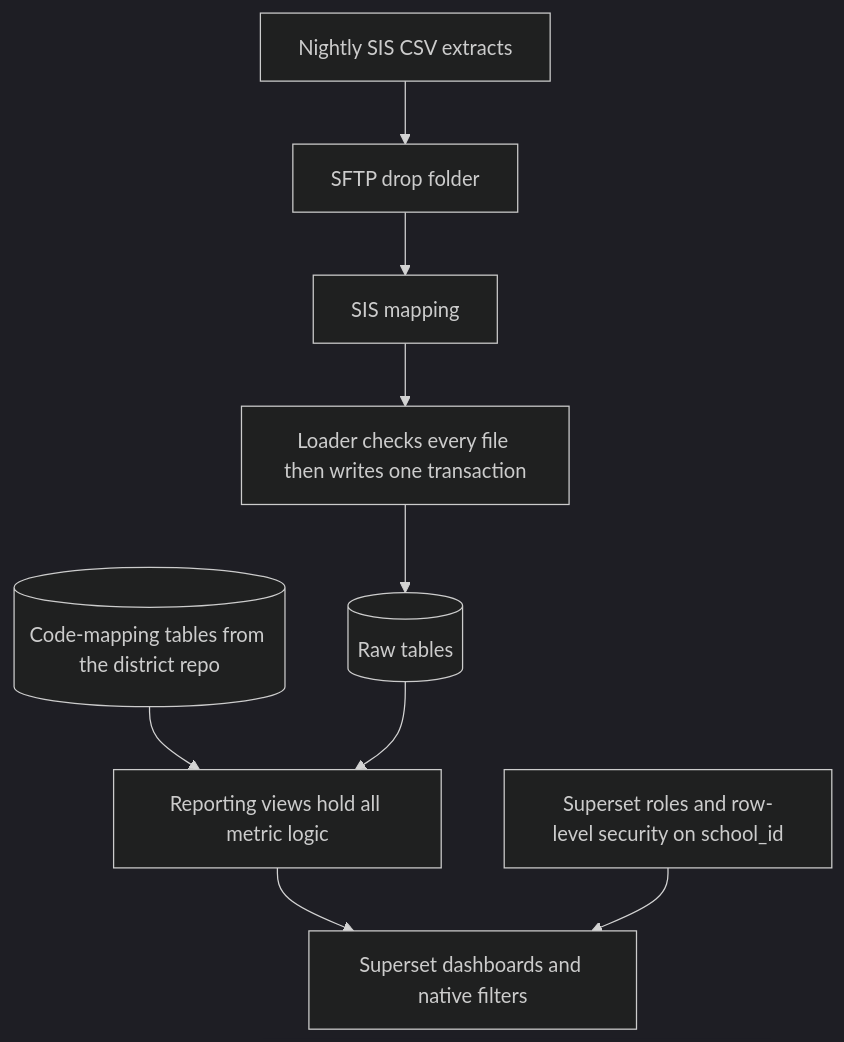
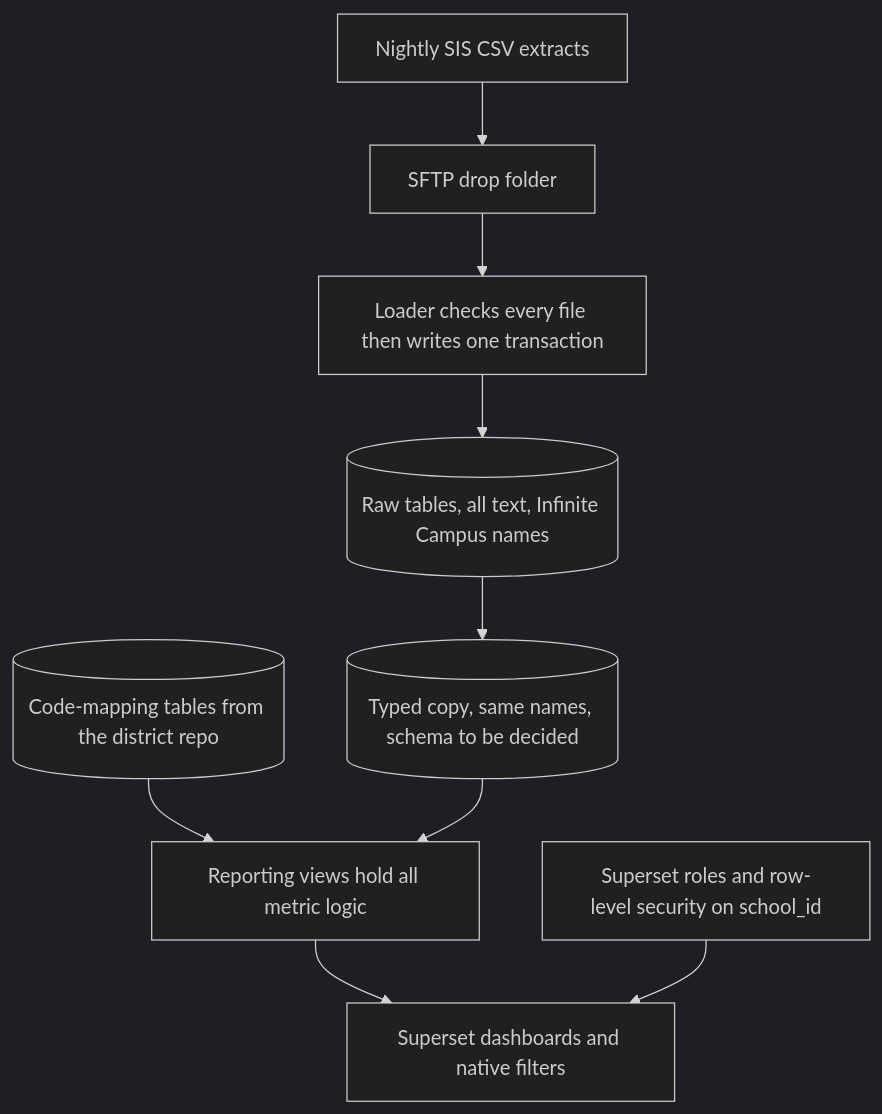
One commit to adukes40/campusview changed the first of 2 diagrams in docs/ARCHITECTURE.md. Above: the diagram before and after it, drawn with Mermaid (dark theme). The commit also changed other lines of this file and 8 other files, not shown here.

Commit message:
Docs: record the typed layer that keeps Infinite Campus names; drop vendor-to-standard mapping wording

````diff
--- a/docs/ARCHITECTURE.md
+++ b/docs/ARCHITECTURE.md
@@ -9,18 +9,18 @@
 ```mermaid
 flowchart TD
   extracts[Nightly SIS CSV extracts]
   sftp[SFTP drop folder]
-  mapper[SIS mapping]
   loader[Loader checks every file then writes one transaction]
-  raw[(Raw tables)]
+  raw[(Raw tables, all text, Infinite Campus names)]
+  typed[(Typed copy, same names, schema to be decided)]
   maps[(Code-mapping tables from the district repo)]
   views[Reporting views hold all metric logic]
   superset[Superset dashboards and native filters]
   roles[Superset roles and row-level security on school_id]
 
-  extracts --> sftp --> mapper --> loader --> raw
+  extracts --> sftp --> loader --> raw --> typed
   maps --> views
-  raw --> views
+  typed --> views
   views --> superset
   roles --> superset
 ```
````
